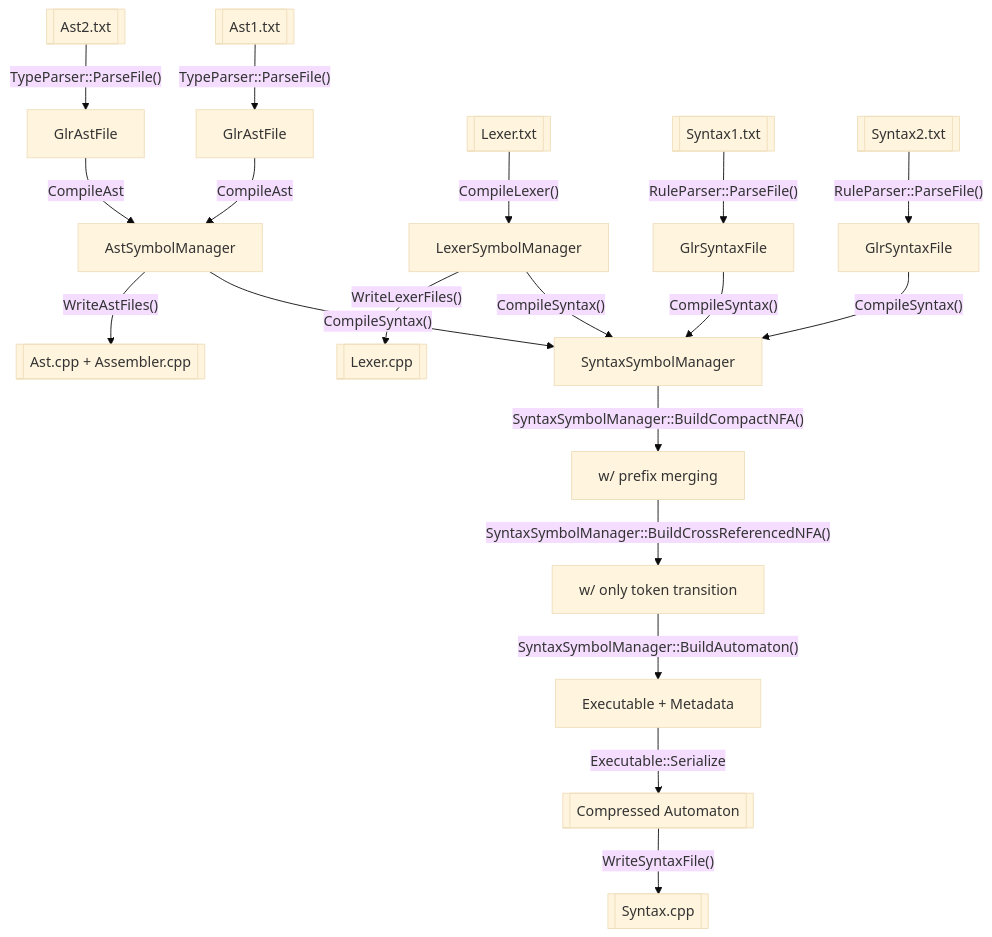
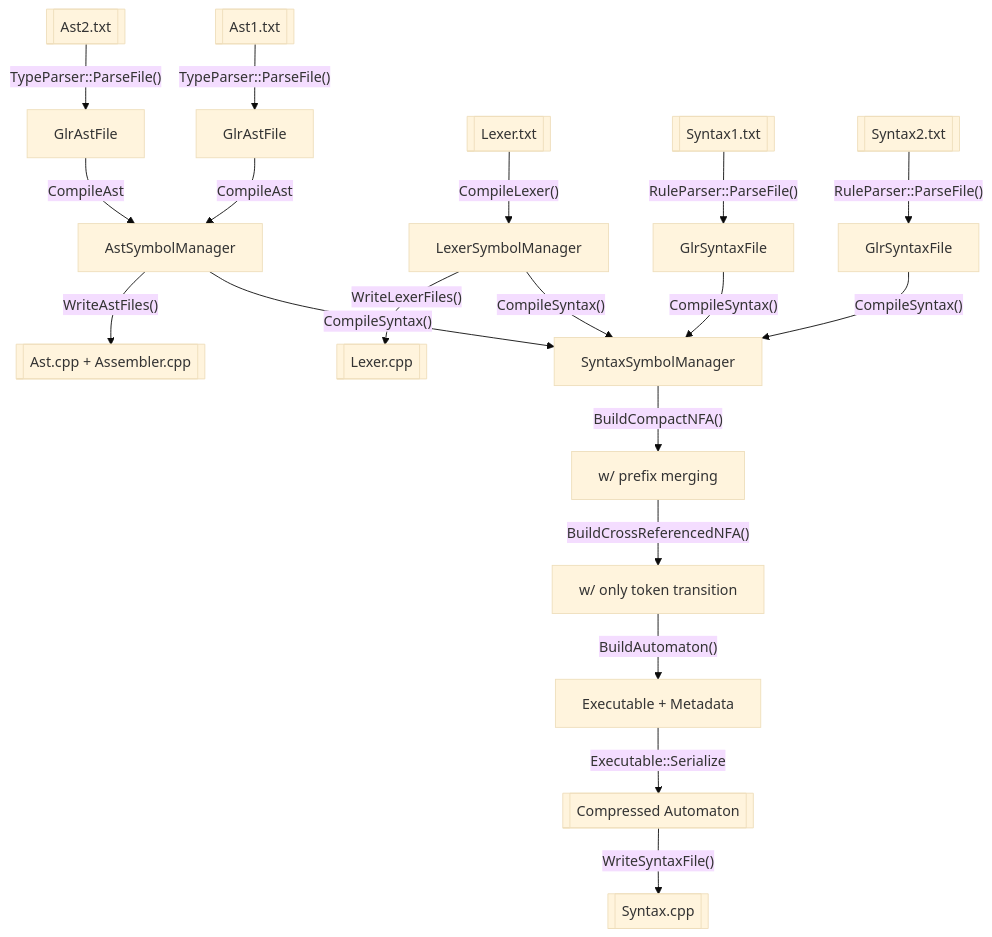
Before and after one commit to vczh-websites/vczh: diagram 28 of 29 in Blog/GLR-Refactoring/Mermaid.md, drawn with Mermaid (base theme).

````diff
--- a/Blog/GLR-Refactoring/Mermaid.md
+++ b/Blog/GLR-Refactoring/Mermaid.md
@@ -651,21 +651,21 @@
 ```mermaid
 graph TD
   AST_FILE_1[[Ast1.txt]] -- TypeParser::ParseFile() --> AST_1[GlrAstFile]
   AST_FILE_2[[Ast2.txt]] -- TypeParser::ParseFile() --> AST_2[GlrAstFile]
   AST_1 & AST_2 -- CompileAst --> AST_MGR[AstSymbolManager]
 
   LEXER_FILE[[Lexer.txt]] -- CompileLexer() --> LEXER_MGR[LexerSymbolManager]
   
   SYNTAX_FILE_1[[Syntax1.txt]] -- RuleParser::ParseFile() --> SYNTAX_1[GlrSyntaxFile]
   SYNTAX_FILE_2[[Syntax2.txt]] -- RuleParser::ParseFile() --> SYNTAX_2[GlrSyntaxFile]
   AST_MGR & LEXER_MGR & SYNTAX_1 & SYNTAX_2 -- CompileSyntax() --> AST_MGR_1[SyntaxSymbolManager]
 
-  AST_MGR_1 -- SyntaxSymbolManager::BuildCompactNFA() --> AST_MGR_2[w/ prefix merging]
-  AST_MGR_2 -- SyntaxSymbolManager::BuildCrossReferencedNFA() --> AST_MGR_3[w/ only token transition ]
-  AST_MGR_3 -- SyntaxSymbolManager::BuildAutomaton() --> AUTOMATON[Executable + Metadata]
+  AST_MGR_1 -- BuildCompactNFA() --> AST_MGR_2[w/ prefix merging]
+  AST_MGR_2 -- BuildCrossReferencedNFA() --> AST_MGR_3[w/ only token transition ]
+  AST_MGR_3 -- BuildAutomaton() --> AUTOMATON[Executable + Metadata]
 
   AUTOMATON -- Executable::Serialize --> BINARY[[Compressed Automaton]]
   AST_MGR -- WriteAstFiles() --> AST_GEN_FILE[["Ast.cpp + Assembler.cpp"]]
   LEXER_MGR -- WriteLexerFiles() --> LEXER_GEN_FILE[["Lexer.cpp"]]
   BINARY -- WriteSyntaxFile() --> SYNTAX_GEN_FILE[["Syntax.cpp"]]
 ```
````
